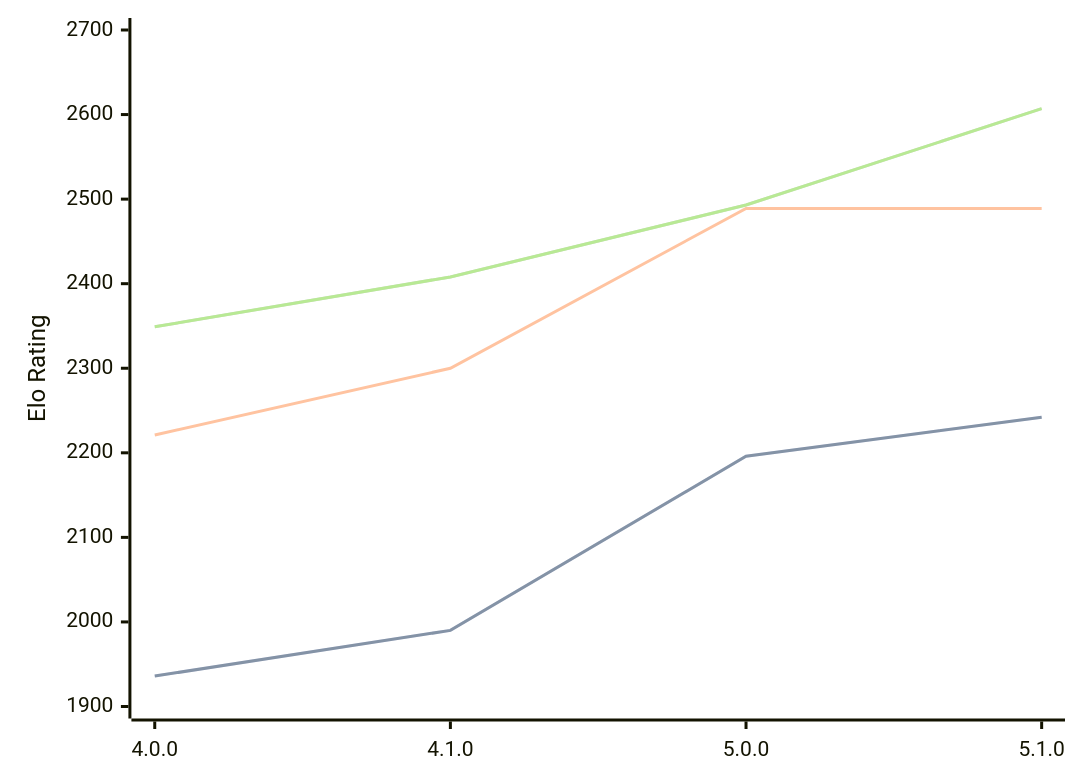
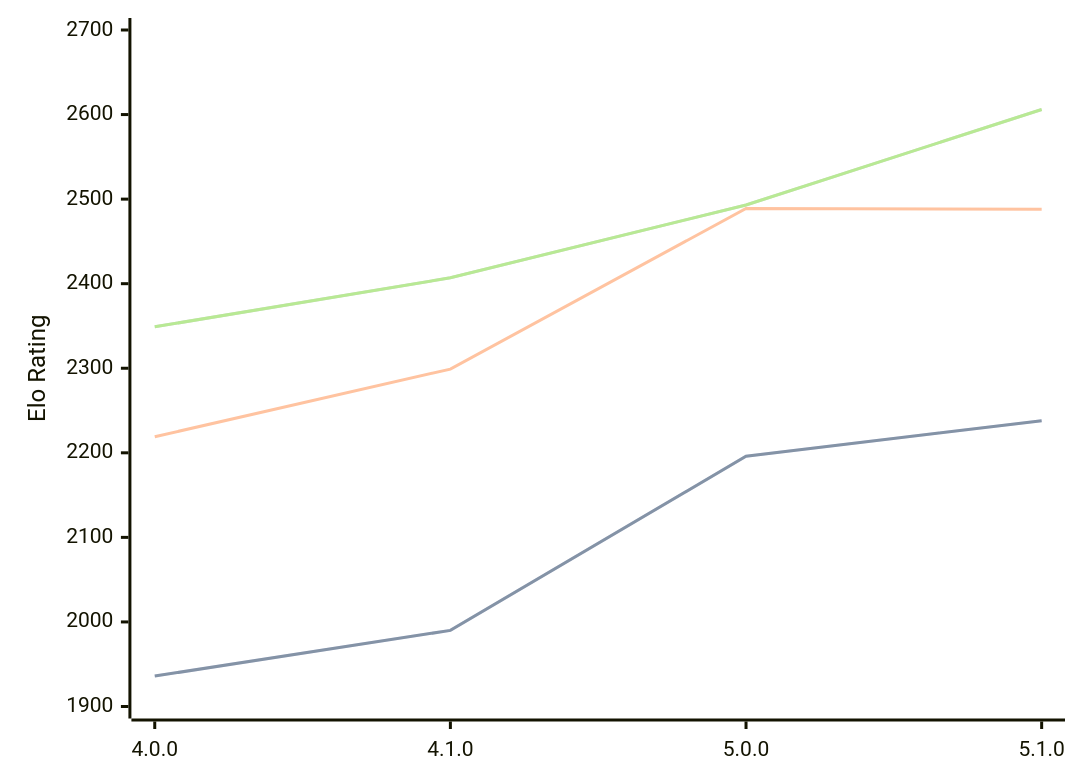
Before and after one commit to computer-chess-index/cci: the diagram in engines/Aconcagua.md, drawn with Mermaid. The commit also changed other lines of this file, not shown here.

Commit message:
Update CCI Ratings (ELO VLTC) - 2026-04-28

````diff
--- a/engines/Aconcagua.md
+++ b/engines/Aconcagua.md
@@ -43,11 +43,11 @@
 ```mermaid
 %%{init: {"theme":"base","themeVariables":{"seriesColors:['#a3a3a3','#222221','#faa371']}}}%%
 xychart-beta
   x-axis ["4.0.0", "4.1.0", "5.0.0", "5.1.0"]
   y-axis "Elo Rating" 1900 --> 2700
-  line "STC (8.0+0.08s)" [1936, 1990, 2196, 2242]
-  line "STC (8.0+0.08s)" [1936, 1990, 2196, 2242]
-  line "LTC (60.0+0.60s)" [2221, 2300, 2489, 2489]
-  line "VLTC (2m24s+1.12s)" [2349, 2408, 2493, 2607]
-  line "VLTC (2m24s+1.12s)" [2349, 2408, 2493, 2607]
+  line "STC (8.0+0.08s)" [1936, 1990, 2196, 2238]
+  line "STC (8.0+0.08s)" [1936, 1990, 2196, 2238]
+  line "LTC (60.0+0.60s)" [2219, 2299, 2489, 2488]
+  line "VLTC (2m24s+1.12s)" [2349, 2407, 2493, 2606]
+  line "VLTC (2m24s+1.12s)" [2349, 2407, 2493, 2606]
 ```
````
